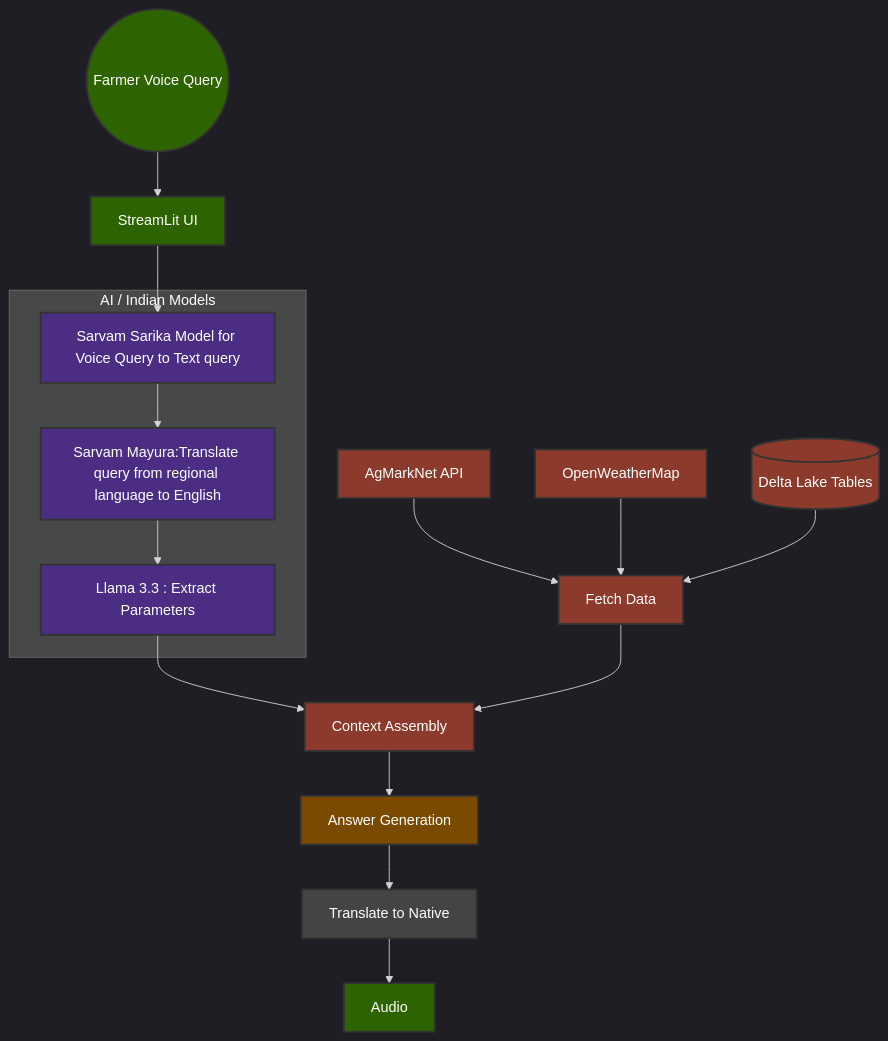
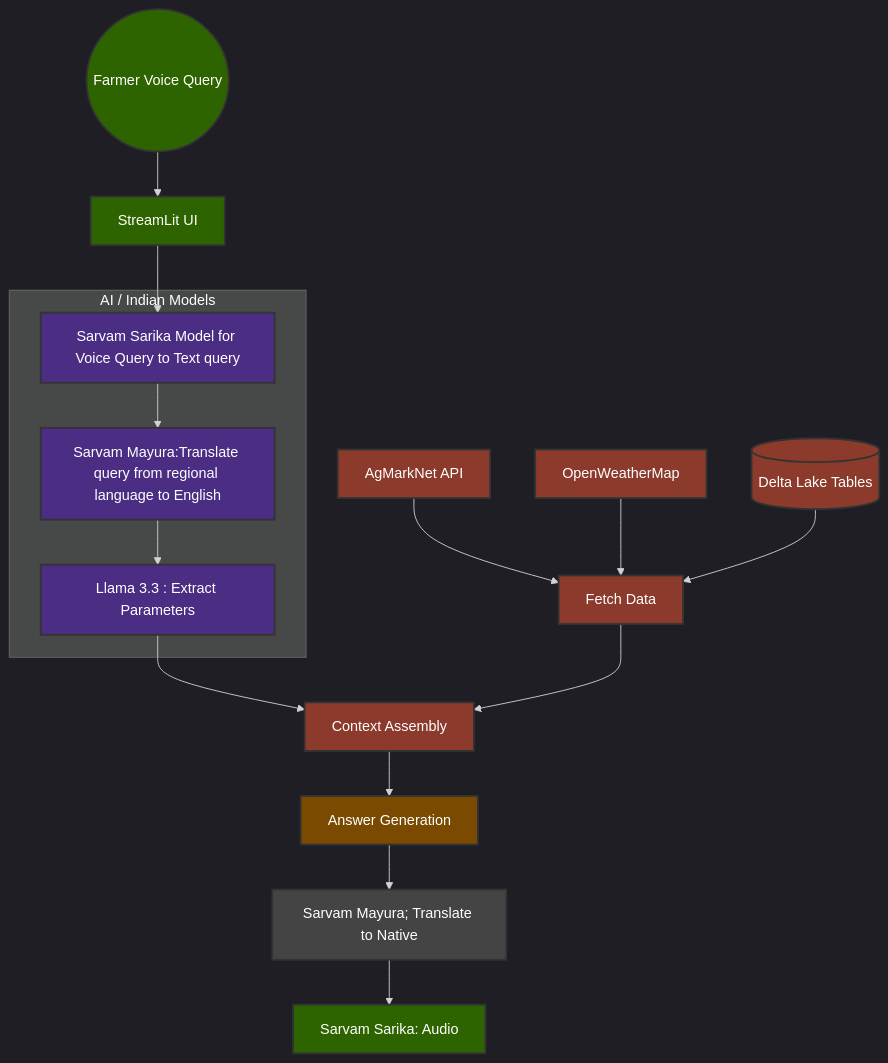
One commit to amrit-chau-han/kisanvaani changed the diagram in README.md. Above: the diagram before and after it, drawn with Mermaid.

````diff
--- a/README.md
+++ b/README.md
@@ -16,39 +16,39 @@
 ```mermaid
 graph TD
     %%{init: {'theme': 'dark', 'flowchart': {'rankSpacing': 50, 'nodeSpacing': 50}}}%%
     %% Define Styles to match your SVG colors
     classDef ai fill:#4b2e83,color:#fff,stroke:#333,stroke-width:2px;
     classDef data fill:#8b3a2b,color:#fff,stroke:#333,stroke-width:2px;
     classDef io fill:#2e6400,color:#fff,stroke:#333,stroke-width:2px;
     classDef gen fill:#7a4a00,color:#fff,stroke:#333,stroke-width:2px;
     classDef util fill:#444,color:#fff,stroke:#333,stroke-width:2px;
 
 
     %% Main Flow
     Farmer((Farmer Voice Query)):::io --> UI[StreamLit UI]:::io
     UI --> STT[Sarvam Sarika Model for Voice Query to Text query]:::ai
     STT --> Param[Sarvam Mayura:Translate query from regional language to English]:::ai
     Param --> TransEN[Llama 3.3 : Extract Parameters]:::ai
 
     %% Data Layer
     AgMark[AgMarkNet API]:::data --> Fetch[Fetch Data]:::data
     Weather[OpenWeatherMap]:::data --> Fetch
     Tables[(Delta Lake Tables)]:::data --> Fetch
     
     TransEN --> Context[Context Assembly]:::data
     Fetch --> Context
     
     Context --> Gen[Answer Generation]:::gen
-    Gen --> TransNative[Translate to Native]:::util
+    Gen --> TransNative[Sarvam Mayura; Translate to Native]:::util
     
     
-    TransNative --> TTS[ Audio]:::io
+    TransNative --> TTS[Sarvam Sarika: Audio]:::io
     
     
     %% Assigning groups
     subgraph AI_Layer [AI / Indian Models]
         STT
         Param
         TransEN
     end
 ```
````
